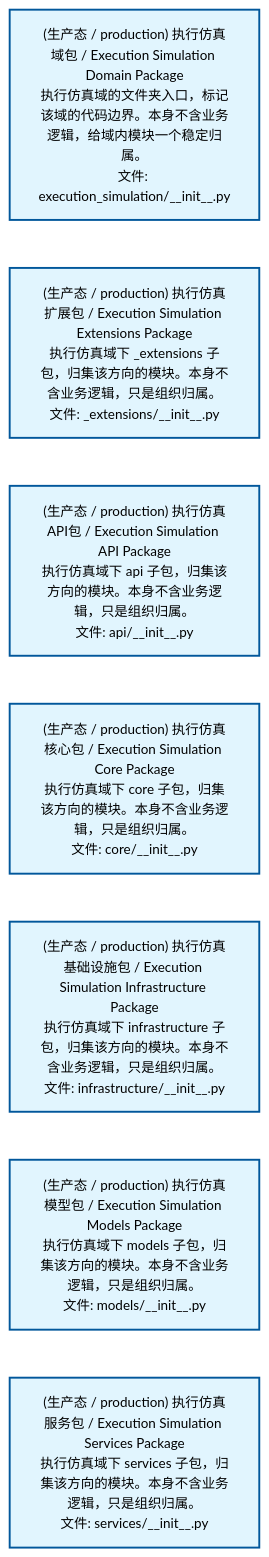
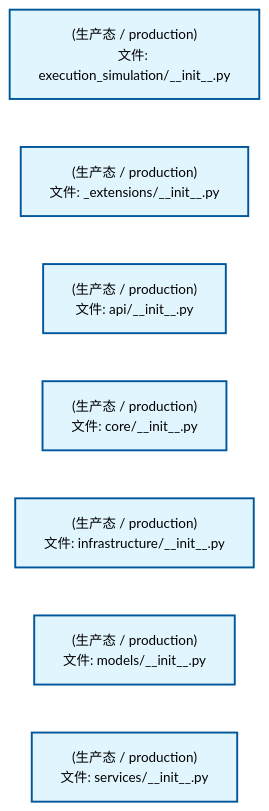
Before and after one commit to xuanFelixVan/ZephyrAlpha: the first of 3 diagrams in docs/02_enterprise_architecture/02_domain_architecture_docs/43_d_exec_sim.md, drawn with Mermaid. The commit also changed other lines of this file and 75 other files, not shown here.

````diff
--- a/docs/02_enterprise_architecture/02_domain_architecture_docs/43_d_exec_sim.md
+++ b/docs/02_enterprise_architecture/02_domain_architecture_docs/43_d_exec_sim.md
@@ -53,22 +53,22 @@
 ```mermaid
 %%{init: {'theme': 'base', 'themeVariables': {'primaryColor': '#eaeaea', 'primaryTextColor': '#333333', 'primaryBorderColor': '#666666', 'lineColor': '#666666', 'secondaryColor': '#eaeaea', 'tertiaryColor': '#eaeaea', 'fontSize': '14px'}}}%%
 flowchart TD
-    src_zephyr_execution_simulation_init_py["(生产态 / production) 执行仿真域包 / Execution Simulation Domain Package<br/>执行仿真域的文件夹入口，标记该域的代码边界。本身不含业务逻辑，给域内模块一个稳定归属。<br/>文件: execution_simulation/__init__.py"]
-    src_zephyr_execution_simulation_extensions_init_py["(生产态 / production) 执行仿真扩展包 / Execution Simulation Extensions Package<br/>执行仿真域下 _extensions 子包，归集该方向的模块。本身不含业务逻辑，只是组织归属。<br/>文件: _extensions/__init__.py"]
-    src_zephyr_execution_simulation_api_init_py["(生产态 / production) 执行仿真API包 / Execution Simulation API Package<br/>执行仿真域下 api 子包，归集该方向的模块。本身不含业务逻辑，只是组织归属。<br/>文件: api/__init__.py"]
-    src_zephyr_execution_simulation_core_init_py["(生产态 / production) 执行仿真核心包 / Execution Simulation Core Package<br/>执行仿真域下 core 子包，归集该方向的模块。本身不含业务逻辑，只是组织归属。<br/>文件: core/__init__.py"]
-    src_zephyr_execution_simulation_infrastructure_init_py["(生产态 / production) 执行仿真基础设施包 / Execution Simulation Infrastructure Package<br/>执行仿真域下 infrastructure 子包，归集该方向的模块。本身不含业务逻辑，只是组织归属。<br/>文件: infrastructure/__init__.py"]
-    src_zephyr_execution_simulation_models_init_py["(生产态 / production) 执行仿真模型包 / Execution Simulation Models Package<br/>执行仿真域下 models 子包，归集该方向的模块。本身不含业务逻辑，只是组织归属。<br/>文件: models/__init__.py"]
-    src_zephyr_execution_simulation_services_init_py["(生产态 / production) 执行仿真服务包 / Execution Simulation Services Package<br/>执行仿真域下 services 子包，归集该方向的模块。本身不含业务逻辑，只是组织归属。<br/>文件: services/__init__.py"]
+    src_zephyr_execution_simulation_init_py["(生产态 / production)<br/>文件: execution_simulation/__init__.py"]
+    src_zephyr_execution_simulation_extensions_init_py["(生产态 / production)<br/>文件: _extensions/__init__.py"]
+    src_zephyr_execution_simulation_api_init_py["(生产态 / production)<br/>文件: api/__init__.py"]
+    src_zephyr_execution_simulation_core_init_py["(生产态 / production)<br/>文件: core/__init__.py"]
+    src_zephyr_execution_simulation_infrastructure_init_py["(生产态 / production)<br/>文件: infrastructure/__init__.py"]
+    src_zephyr_execution_simulation_models_init_py["(生产态 / production)<br/>文件: models/__init__.py"]
+    src_zephyr_execution_simulation_services_init_py["(生产态 / production)<br/>文件: services/__init__.py"]
     src_zephyr_execution_simulation_init_py ~~~ src_zephyr_execution_simulation_extensions_init_py
     src_zephyr_execution_simulation_extensions_init_py ~~~ src_zephyr_execution_simulation_api_init_py
     src_zephyr_execution_simulation_api_init_py ~~~ src_zephyr_execution_simulation_core_init_py
     src_zephyr_execution_simulation_core_init_py ~~~ src_zephyr_execution_simulation_infrastructure_init_py
     src_zephyr_execution_simulation_infrastructure_init_py ~~~ src_zephyr_execution_simulation_models_init_py
     src_zephyr_execution_simulation_models_init_py ~~~ src_zephyr_execution_simulation_services_init_py
     classDef production fill:#e1f5fe,stroke:#01579b,stroke-width:2px,color:#000
     classDef design fill:#fff3e0,stroke:#e65100,stroke-width:2px,color:#000,stroke-dasharray: 5 5
     classDef external_prod fill:#e8f4fd,stroke:#0277bd,stroke-width:1px,color:#000
     classDef external_design fill:#fff8e7,stroke:#ef6c00,stroke-width:1px,color:#000,stroke-dasharray: 5 5
     class src_zephyr_execution_simulation_init_py,src_zephyr_execution_simulation_extensions_init_py,src_zephyr_execution_simulation_api_init_py,src_zephyr_execution_simulation_core_init_py,src_zephyr_execution_simulation_infrastructure_init_py,src_zephyr_execution_simulation_models_init_py,src_zephyr_execution_simulation_services_init_py production
 ```
````
